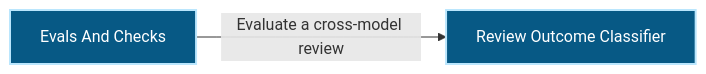
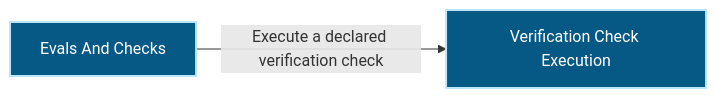
One commit to Ancienttwo/repo-harness changed the first of 2 diagrams in docs/architecture/modules/verification/evals-checks.md. Above: the diagram before and after it, drawn with Mermaid. The commit also changed other lines of this file and 39 other files, not shown here.

Commit message:
refactor(review): retire direct cross-review onto Herdr review

````diff
--- a/docs/architecture/modules/verification/evals-checks.md
+++ b/docs/architecture/modules/verification/evals-checks.md
@@ -15,10 +15,10 @@
 ```mermaid
 flowchart LR
   p1_capability_verification_evals_checks_82b2358d["Evals And Checks"]:::component
-  p1_component_evals_checks_primary_dcf800ce["Review Outcome Classifier"]:::component
-  p1_capability_verification_evals_checks_82b2358d -->|"Evaluate a cross-model review"| p1_component_evals_checks_primary_dcf800ce
+  p1_component_evals_checks_primary_dcf800ce["Verification Check Execution"]:::component
+  p1_capability_verification_evals_checks_82b2358d -->|"Execute a declared verification check"| p1_component_evals_checks_primary_dcf800ce
   classDef actor fill:#111827,color:#ffffff,stroke:#f9fafb,stroke-width:2px
   classDef component fill:#075985,color:#ffffff,stroke:#bae6fd,stroke-width:2px
   classDef datastore fill:#3f6212,color:#ffffff,stroke:#d9f99d,stroke-width:2px
   classDef external fill:#7c2d12,color:#ffffff,stroke:#fed7aa,stroke-width:2px
 ```
````
